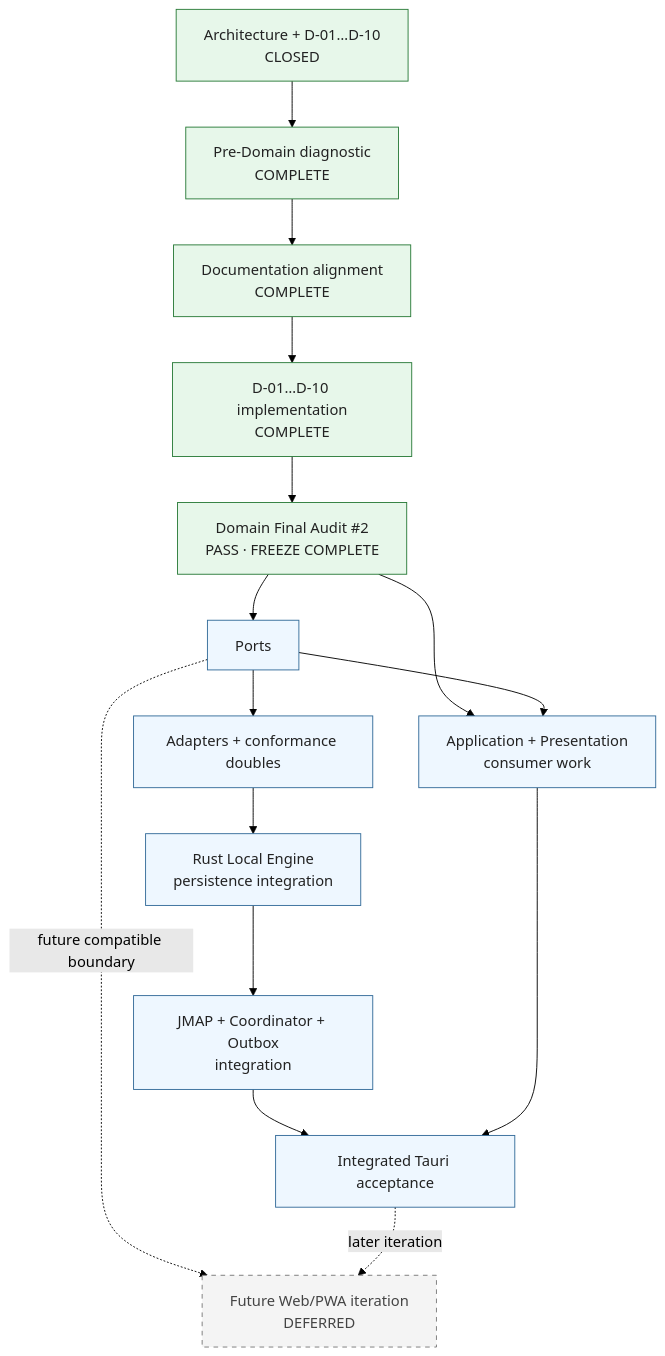
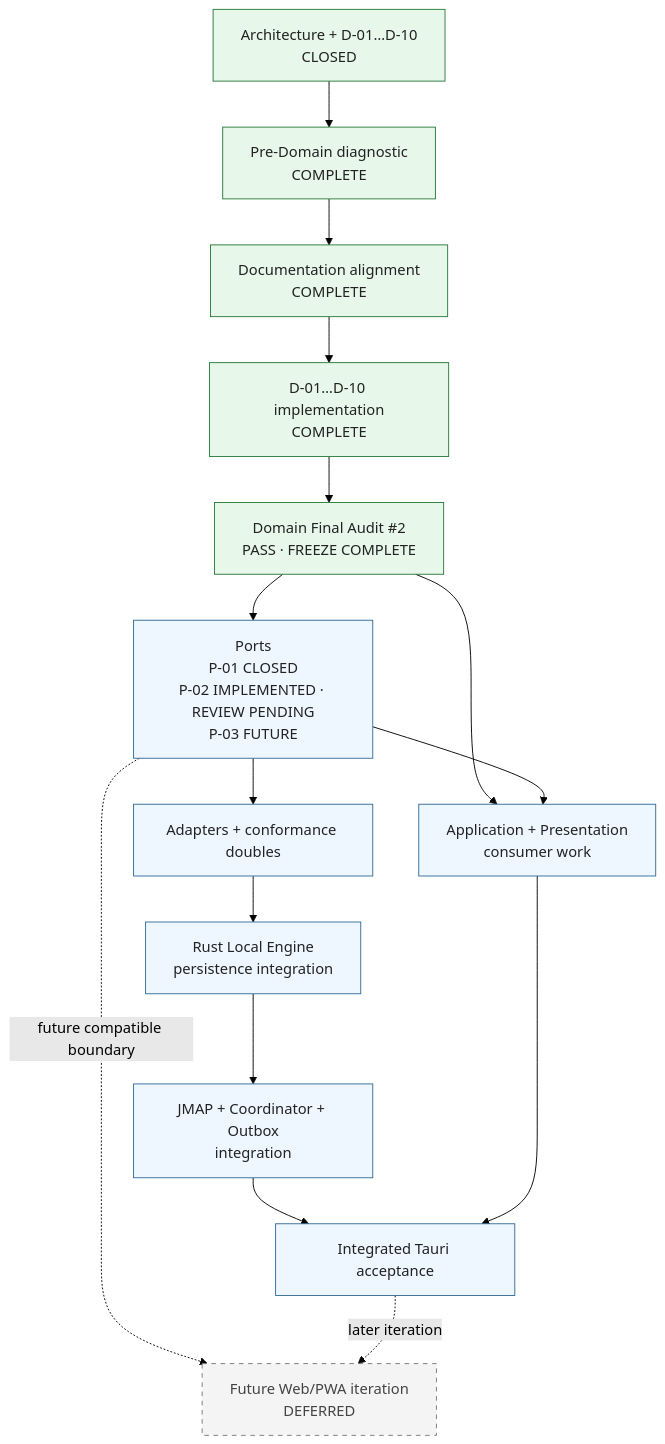
One commit to sebastiandperez/Correo-Boxplot changed the diagram in docs/planning/roadmap.md. Above: the diagram before and after it, drawn with Mermaid (forest theme). The commit also changed other lines of this file and 15 other files, not shown here.

````diff
--- a/docs/planning/roadmap.md
+++ b/docs/planning/roadmap.md
@@ -52,29 +52,29 @@
 ```mermaid
 flowchart TD
     Decisions["Architecture + D-01…D-10<br/>CLOSED"]
     Diagnostic["Pre-Domain diagnostic<br/>COMPLETE"]
     Docs["Documentation alignment<br/>COMPLETE"]
     Domain["D-01…D-10 implementation<br/>COMPLETE"]
     DomainGate["Domain Final Audit #2<br/>PASS · FREEZE COMPLETE"]
-    Ports["Ports"]
+    Ports["Ports<br/>P-01 CLOSED<br/>P-02 IMPLEMENTED · REVIEW PENDING<br/>P-03 FUTURE"]
     Adapters["Adapters + conformance doubles"]
     Engine["Rust Local Engine<br/>persistence integration"]
     Remote["JMAP + Coordinator + Outbox<br/>integration"]
     App["Application + Presentation<br/>consumer work"]
     Acceptance["Integrated Tauri acceptance"]
     FutureWeb["Future Web/PWA iteration<br/>DEFERRED"]
 
     Decisions --> Diagnostic --> Docs --> Domain --> DomainGate --> Ports --> Adapters --> Engine --> Remote --> Acceptance
     DomainGate --> App
     Ports --> App
     App --> Acceptance
     Ports -.->|"future compatible boundary"| FutureWeb
     Acceptance -.->|"later iteration"| FutureWeb
 
     classDef closed fill:#e7f7ea,stroke:#297a38,color:#222;
     classDef active fill:#eef7ff,stroke:#336b99,color:#222;
     classDef deferred fill:#f4f4f4,stroke:#777,stroke-dasharray:5 5,color:#444;
     class Decisions,Diagnostic,Docs,Domain,DomainGate closed;
     class Ports,Adapters,Engine,Remote,App,Acceptance active;
     class FutureWeb deferred;
 ```
````
